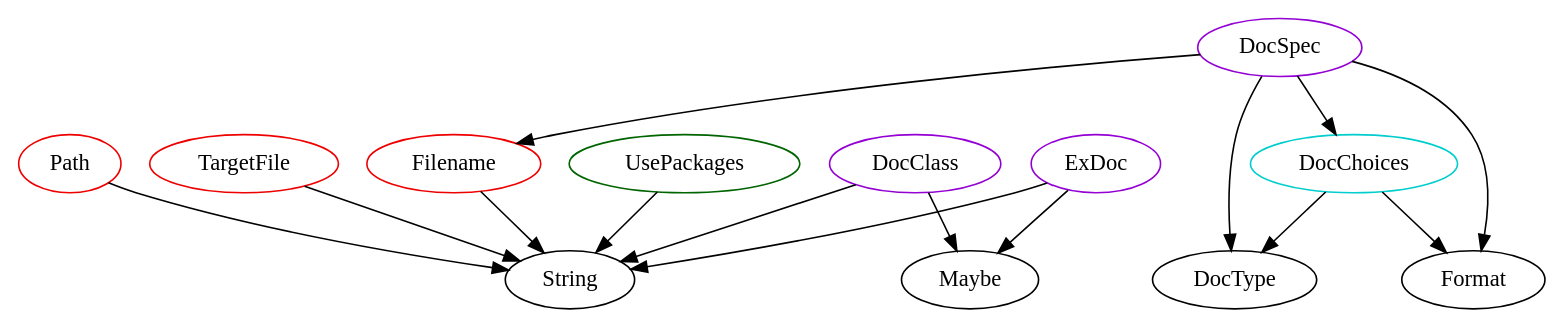
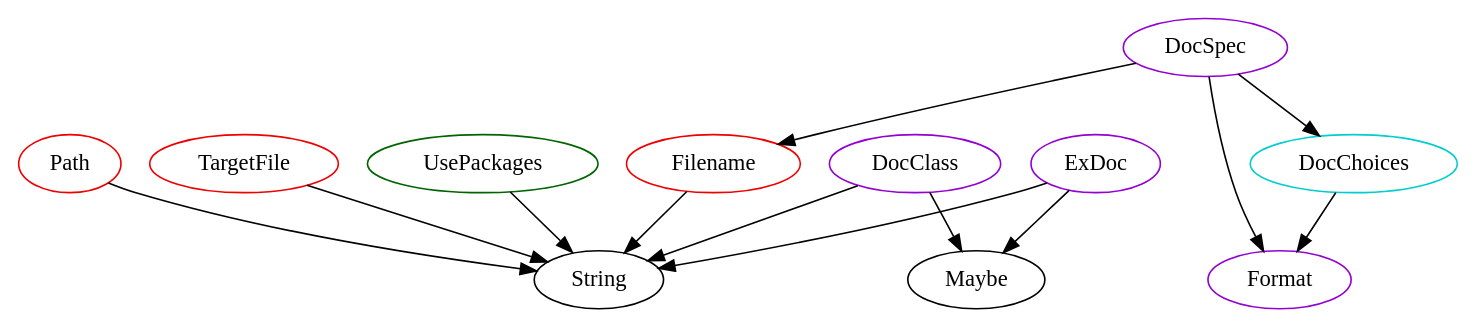
One commit to JacquesCarette/Drasil changed the diagram in analysis/TypeDependencyGraphs/gen.dot. Above: the diagram before and after it, drawn with Graphviz. The commit also changed 558 other files, not shown here.

```diff
--- a/analysis/TypeDependencyGraphs/gen.dot
+++ b/analysis/TypeDependencyGraphs/gen.dot
@@ -1,54 +1,61 @@
 digraph alltypes {
+	subgraph traceabilitygraphs {
+	}
+	subgraph typececkh {
+	}
 	subgraph baecunkdbhs {
 	}
 	subgraph cunkdumph {
 		subgraph path{
 		Path	[shape=oval, color=red2, label="Path"];
 		Path -> String;
 		}
 		subgraph targetfile{
 		TargetFile	[shape=oval, color=red2, label="TargetFile"];
 		TargetFile -> String;
 		}
 	}
 	subgraph formats {
 		subgraph docchoices{
 		DocChoices	[shape=oval, color=cyan3, label="DocChoices"];
-		DocChoices -> DocType;
 		DocChoices -> Format;
+		}
+		subgraph format{
+		Format	[shape=oval, color=darkviolet, label="Format"];
 		}
 		subgraph docspec{
 		DocSpec	[shape=oval, color=darkviolet, label="DocSpec"];
 		DocSpec -> DocChoices;
 		DocSpec -> Filename;
-		DocSpec -> DocType;
 		DocSpec -> Format;
 		}
 		subgraph docclass{
 		DocClass	[shape=oval, color=darkviolet, label="DocClass"];
 		DocClass -> Maybe;
 		DocClass -> String;
 		}
 		subgraph exdoc{
 		ExDoc	[shape=oval, color=darkviolet, label="ExDoc"];
 		ExDoc -> Maybe;
 		ExDoc -> String;
 		}
 		subgraph usepackages{
 		UsePackages	[shape=oval, color=darkgreen, label="UsePackages"];
 		UsePackages -> String;
 		}
 		subgraph filename{
 		Filename	[shape=oval, color=red2, label="Filename"];
 		Filename -> String;
 		}
 	}
 	subgraph generate {
 	}
-	subgraph traceabilitygraphs {
+	subgraph lesonplans {
 	}
-	subgraph typececkh {
+	subgraph srs {
+	}
+	subgraph webites {
 	}
 	subgraph generator {
 	}
 }
```
